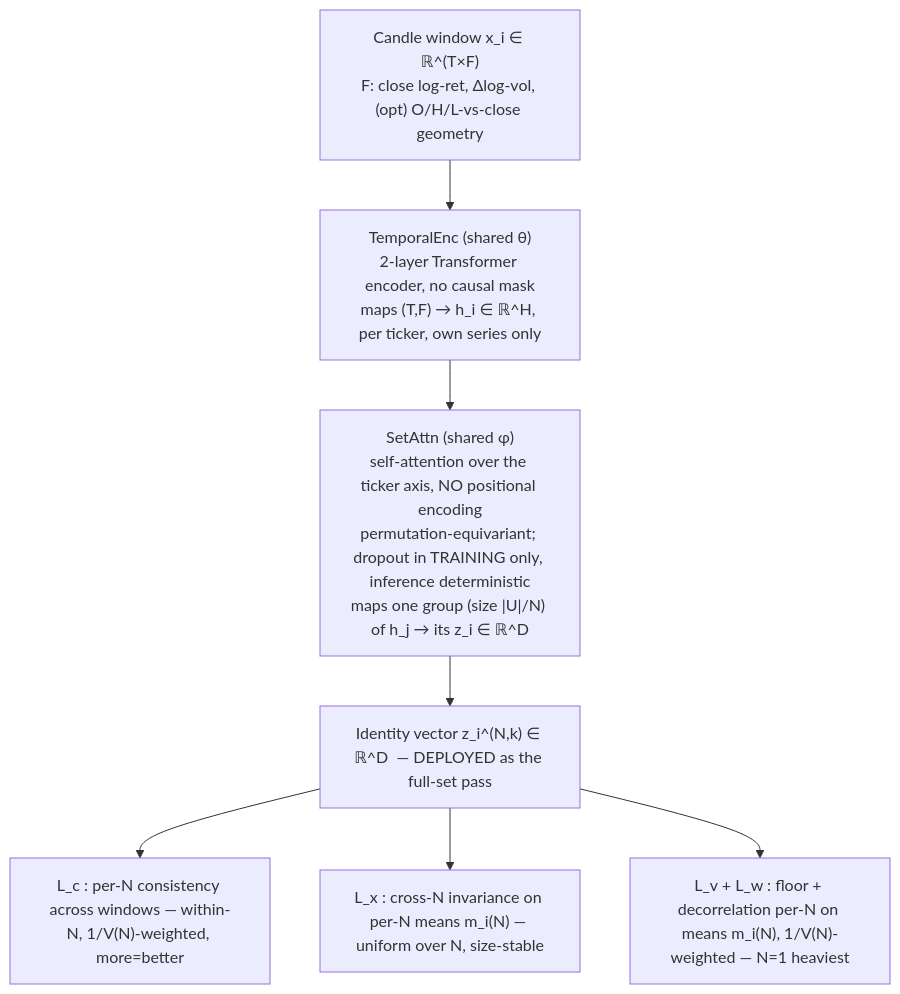
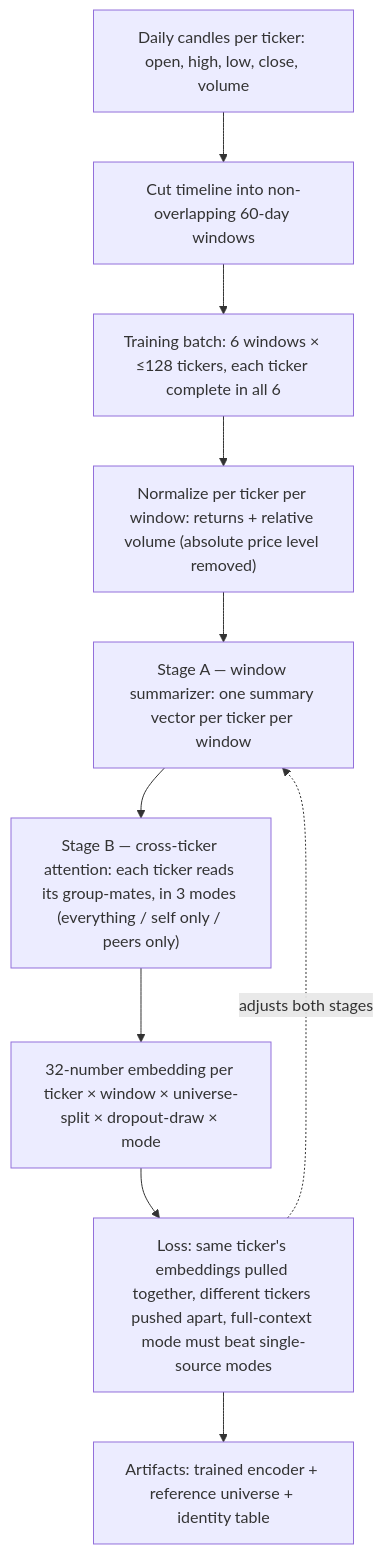
The first of 4 diagrams in stock_identity.md (hpnyaggerman/stonks), drawn with Mermaid before and after one commit. The commit also changed other lines of this file, not shown here.

Commit message:
Update stock identity doc

````diff
--- a/stock_identity.md
+++ b/stock_identity.md
@@ -68,14 +11,12 @@
 ```mermaid
 flowchart TD
-  X["Candle window x_i ∈ ℝ^(T×F)<br/>F: close log-ret, Δlog-vol, (opt) O/H/L-vs-close geometry"]
-  TE["TemporalEnc (shared θ)<br/>2-layer Transformer encoder, no causal mask<br/>maps (T,F) → h_i ∈ ℝ^H, per ticker, own series only"]
-  SA["SetAttn (shared φ)<br/>self-attention over the ticker axis, NO positional encoding<br/>permutation-equivariant; dropout in TRAINING only, inference deterministic<br/>maps one group (size |U|/N) of h_j → its z_i ∈ ℝ^D"]
-  Z["Identity vector z_i^(N,k) ∈ ℝ^D  — DEPLOYED as the full-set pass"]
-  LC["L_c : per-N consistency across windows — within-N, 1/V(N)-weighted, more=better"]
-  LX["L_x : cross-N invariance on per-N means m_i(N) — uniform over N, size-stable"]
-  LV["L_v + L_w : floor + decorrelation per-N on means m_i(N), 1/V(N)-weighted — N=1 heaviest"]
-  X --> TE --> SA --> Z
-  Z --> LC
-  Z --> LX
-  Z --> LV
+    RAW["Daily candles per ticker: open, high, low, close, volume"] --> WIN["Cut timeline into non-overlapping 60-day windows"]
+    WIN --> BATCH["Training batch: 6 windows × ≤128 tickers, each ticker complete in all 6"]
+    BATCH --> NORM["Normalize per ticker per window: returns + relative volume (absolute price level removed)"]
+    NORM --> SA["Stage A — window summarizer: one summary vector per ticker per window"]
+    SA --> SB["Stage B — cross-ticker attention: each ticker reads its group-mates, in 3 modes (everything / self only / peers only)"]
+    SB --> EMB["32-number embedding per ticker × window × universe-split × dropout-draw × mode"]
+    EMB --> LOSS["Loss: same ticker's embeddings pulled together, different tickers pushed apart, full-context mode must beat single-source modes"]
+    LOSS -. adjusts both stages .-> SA
+    LOSS --> ART["Artifacts: trained encoder + reference universe + identity table"]
 ```
````
